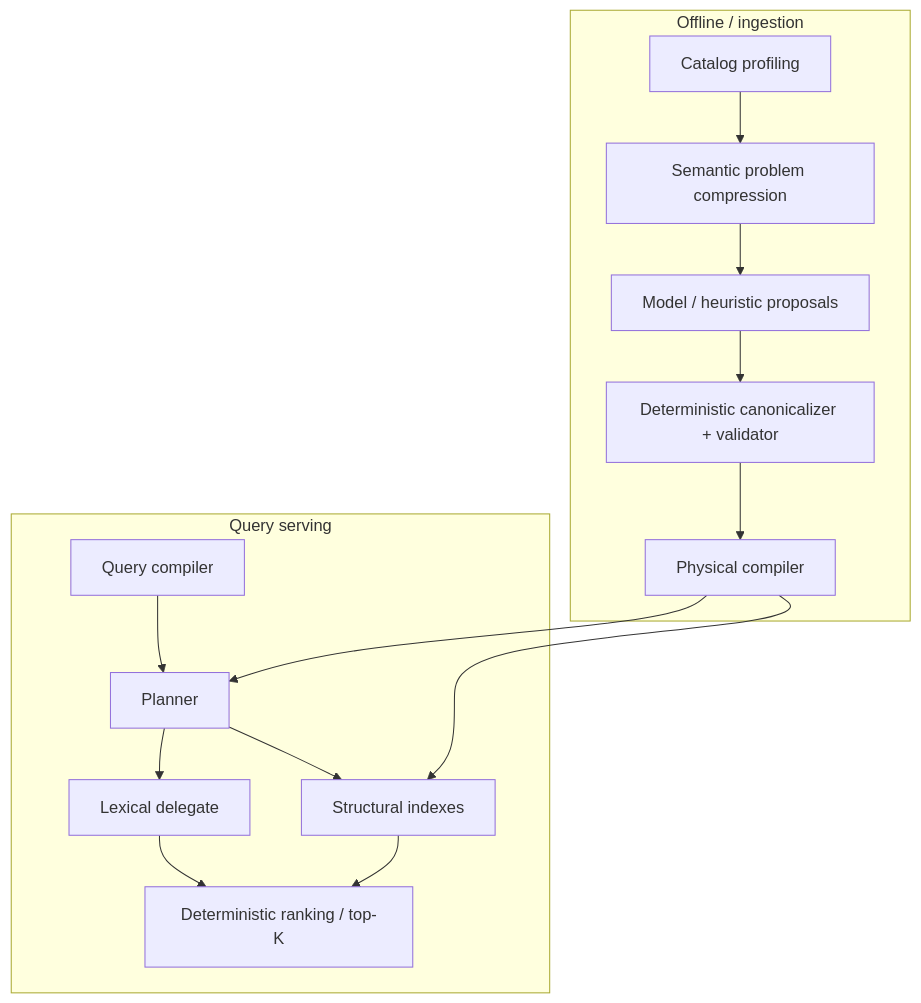
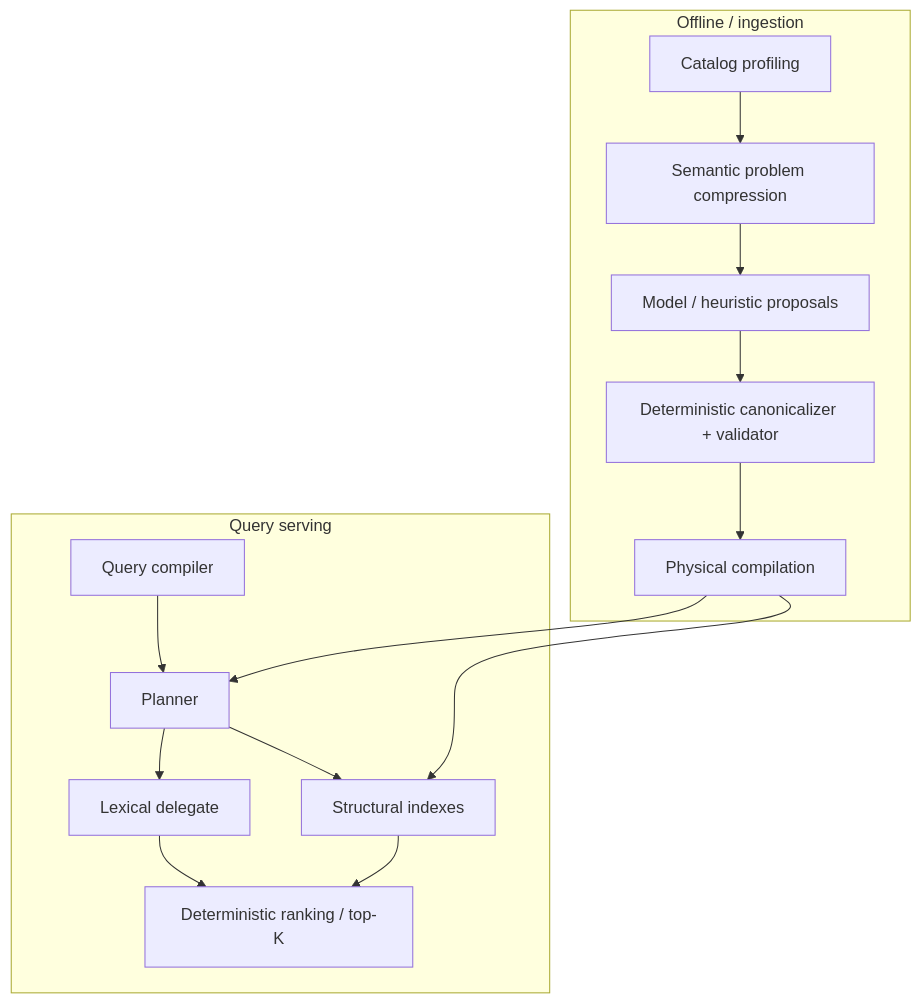
Before and after one commit to yangjeep/simple-ecommerce-search-engine: the second of 2 diagrams in README.md, drawn with Mermaid. The commit also changed other lines of this file and 1 other file, not shown here.

````diff
--- a/README.md
+++ b/README.md
@@ -48,25 +50,25 @@
 ```mermaid
 flowchart TB
     subgraph Offline[Offline / ingestion]
         P1[Catalog profiling]
         P2[Semantic problem compression]
         P3[Model / heuristic proposals]
         P4[Deterministic canonicalizer + validator]
-        P5[Physical compiler]
+        P5[Physical compilation]
         P1 --> P2 --> P3 --> P4 --> P5
     end
 
     subgraph Serving[Query serving]
         S1[Query compiler]
         S2[Planner]
         S3[Structural indexes]
         S4[Lexical delegate]
         S5[Deterministic ranking / top-K]
         S1 --> S2
         S2 --> S3 --> S5
         S2 --> S4 --> S5
     end
 
     P5 --> S3
     P5 --> S2
 ```
````
